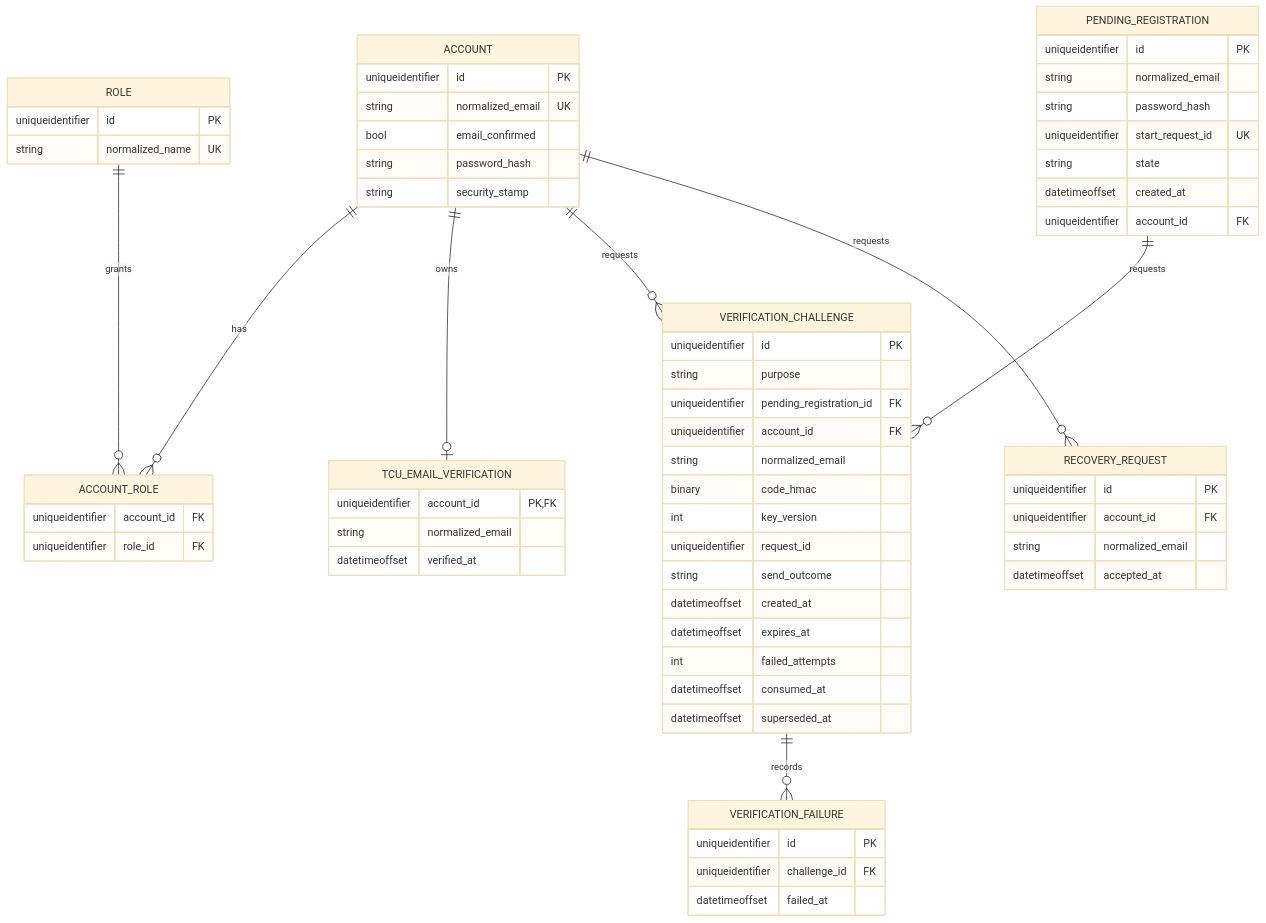
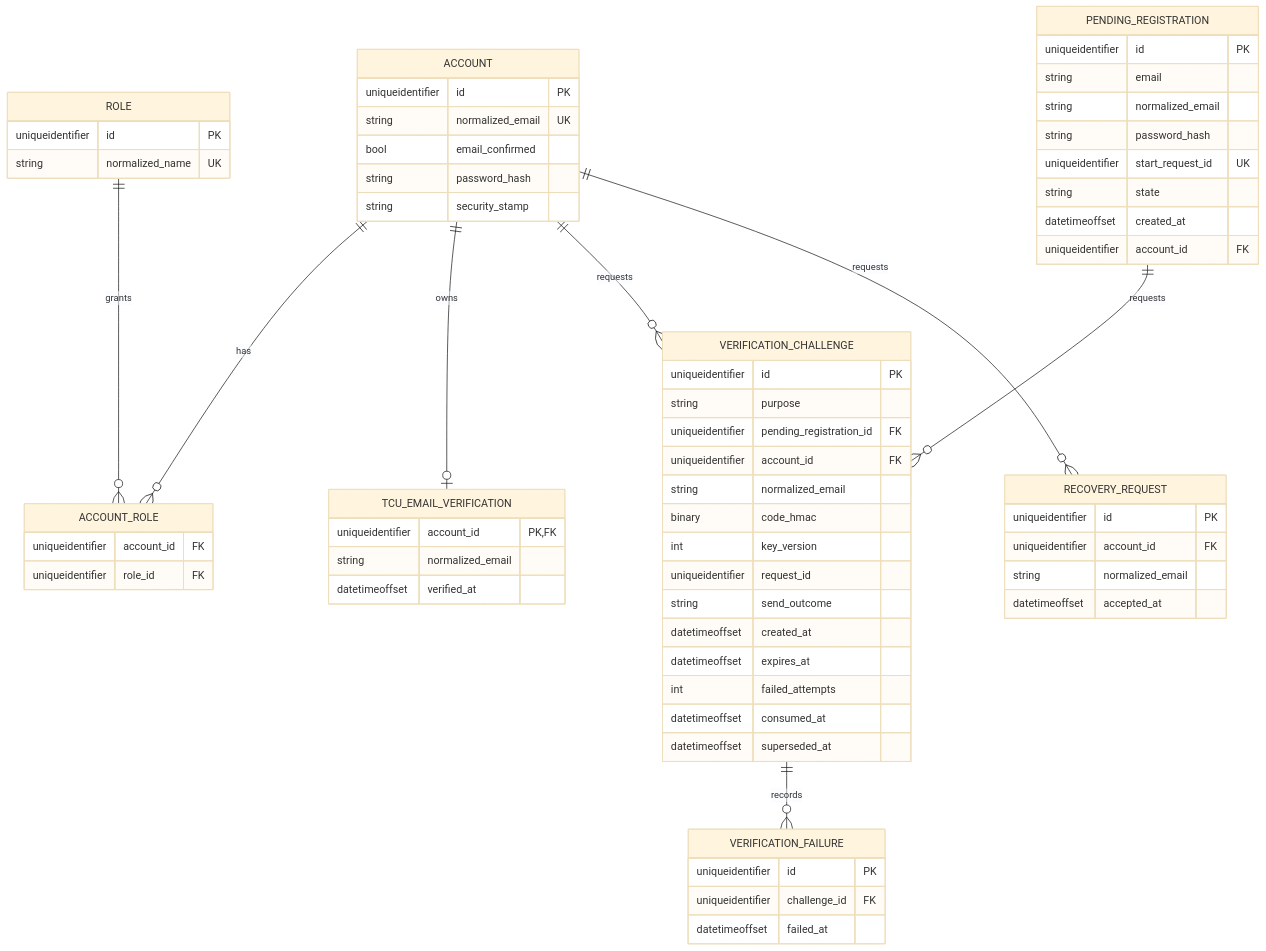
Before and after one commit to evelyntrann/cosc-40943-team-3-refrog: the fifth of 5 diagrams in docs/design/AUTH.md, drawn with Mermaid (base theme). The commit also changed other lines of this file and 10 other files, not shown here.

````diff
--- a/docs/design/AUTH.md
+++ b/docs/design/AUTH.md
@@ -269,67 +269,68 @@
 ```mermaid
 erDiagram
     ACCOUNT ||--o{ ACCOUNT_ROLE : has
     ROLE ||--o{ ACCOUNT_ROLE : grants
     ACCOUNT ||--o| TCU_EMAIL_VERIFICATION : owns
     PENDING_REGISTRATION ||--o{ VERIFICATION_CHALLENGE : requests
     ACCOUNT ||--o{ VERIFICATION_CHALLENGE : requests
     VERIFICATION_CHALLENGE ||--o{ VERIFICATION_FAILURE : records
     ACCOUNT ||--o{ RECOVERY_REQUEST : requests
 
     ACCOUNT {
         uniqueidentifier id PK
         string normalized_email UK
         bool email_confirmed
         string password_hash
         string security_stamp
     }
     ROLE {
         uniqueidentifier id PK
         string normalized_name UK
     }
     ACCOUNT_ROLE {
         uniqueidentifier account_id FK
         uniqueidentifier role_id FK
     }
     PENDING_REGISTRATION {
         uniqueidentifier id PK
+        string email
         string normalized_email
         string password_hash
         uniqueidentifier start_request_id UK
         string state
         datetimeoffset created_at
         uniqueidentifier account_id FK
     }
     VERIFICATION_CHALLENGE {
         uniqueidentifier id PK
         string purpose
         uniqueidentifier pending_registration_id FK
         uniqueidentifier account_id FK
         string normalized_email
         binary code_hmac
         int key_version
         uniqueidentifier request_id
         string send_outcome
         datetimeoffset created_at
         datetimeoffset expires_at
         int failed_attempts
         datetimeoffset consumed_at
         datetimeoffset superseded_at
     }
     VERIFICATION_FAILURE {
         uniqueidentifier id PK
         uniqueidentifier challenge_id FK
         datetimeoffset failed_at
     }
     TCU_EMAIL_VERIFICATION {
         uniqueidentifier account_id PK,FK
         string normalized_email
         datetimeoffset verified_at
     }
     RECOVERY_REQUEST {
         uniqueidentifier id PK
         uniqueidentifier account_id FK
         string normalized_email
         datetimeoffset accepted_at
     }
 ```
````
